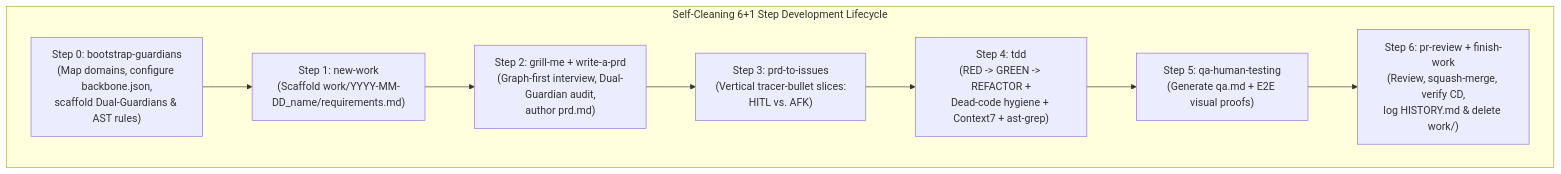
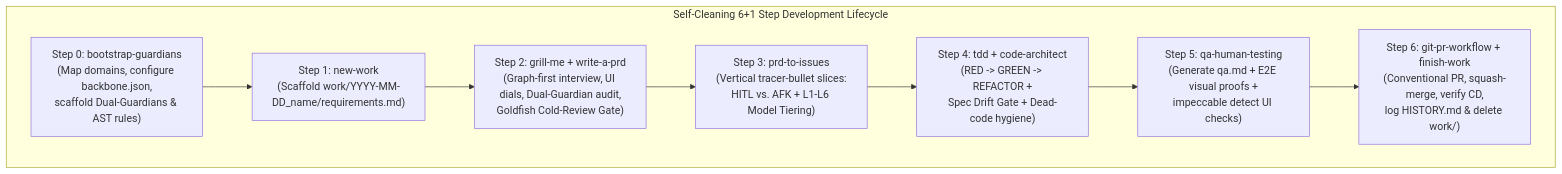
The diagram in README.md (luizreverso/chassi), drawn with Mermaid before and after one commit. The commit also changed other lines of this file and 17 other files, not shown here.

Commit message:
feat(workflow): port System-1 router, Spec Drift gate, Goldfish gate, UI dials & design systems

````diff
--- a/README.md
+++ b/README.md
@@ -9,13 +9,13 @@
 ```mermaid
 flowchart TD
     subgraph Lifecycle["Self-Cleaning 6+1 Step Development Lifecycle"]
         S0["Step 0: bootstrap-guardians<br/>(Map domains, configure backbone.json,<br/>scaffold Dual-Guardians & AST rules)"]
         S1["Step 1: new-work<br/>(Scaffold work/YYYY-MM-DD_name/requirements.md)"]
-        S2["Step 2: grill-me + write-a-prd<br/>(Graph-first interview, Dual-Guardian audit,<br/>author prd.md)"]
-        S3["Step 3: prd-to-issues<br/>(Vertical tracer-bullet slices:<br/>HITL vs. AFK)"]
-        S4["Step 4: tdd<br/>(RED -> GREEN -> REFACTOR +<br/>Dead-code hygiene + Context7 + ast-grep)"]
-        S5["Step 5: qa-human-testing<br/>(Generate qa.md + E2E visual proofs)"]
-        S6["Step 6: pr-review + finish-work<br/>(Review, squash-merge, verify CD,<br/>log HISTORY.md & delete work/<folder>)"]
+        S2["Step 2: grill-me + write-a-prd<br/>(Graph-first interview, UI dials, Dual-Guardian audit,<br/>Goldfish Cold-Review Gate)"]
+        S3["Step 3: prd-to-issues<br/>(Vertical tracer-bullet slices:<br/>HITL vs. AFK + L1-L6 Model Tiering)"]
+        S4["Step 4: tdd + code-architect<br/>(RED -> GREEN -> REFACTOR +<br/>Spec Drift Gate + Dead-code hygiene)"]
+        S5["Step 5: qa-human-testing<br/>(Generate qa.md + E2E visual proofs +<br/>impeccable detect UI checks)"]
+        S6["Step 6: git-pr-workflow + finish-work<br/>(Conventional PR, squash-merge, verify CD,<br/>log HISTORY.md & delete work/<folder>)"]
         S0 --> S1 --> S2 --> S3 --> S4 --> S5 --> S6
     end
 ```
````
